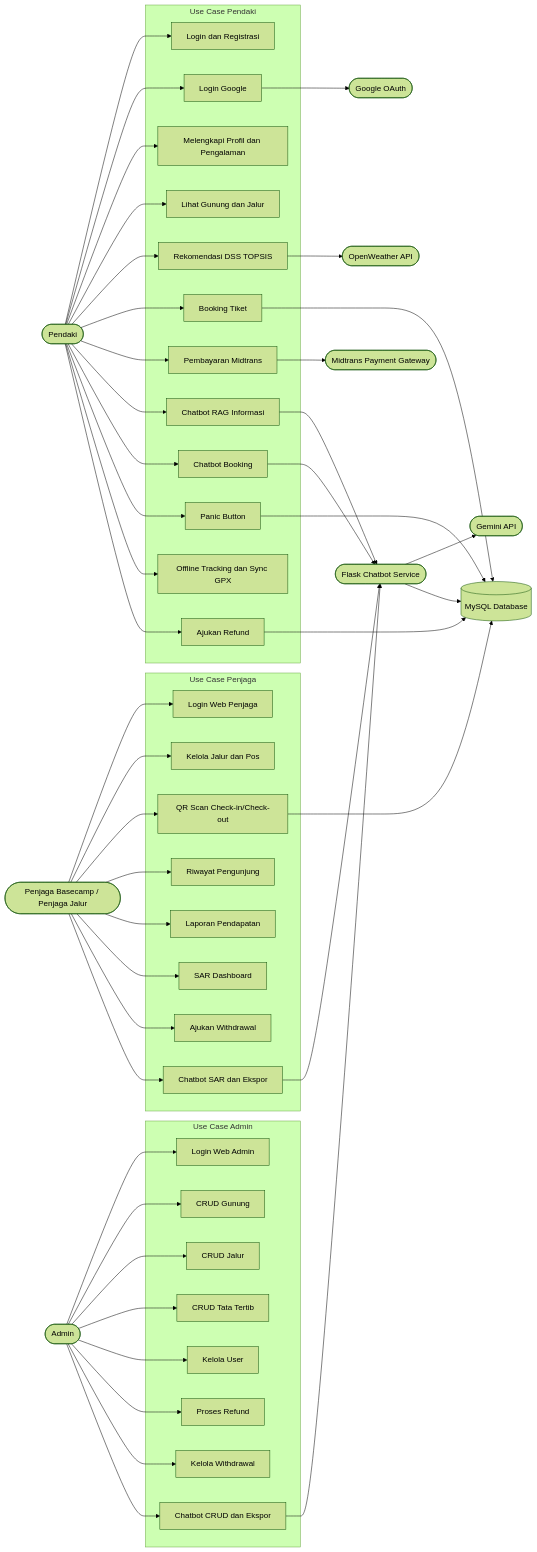
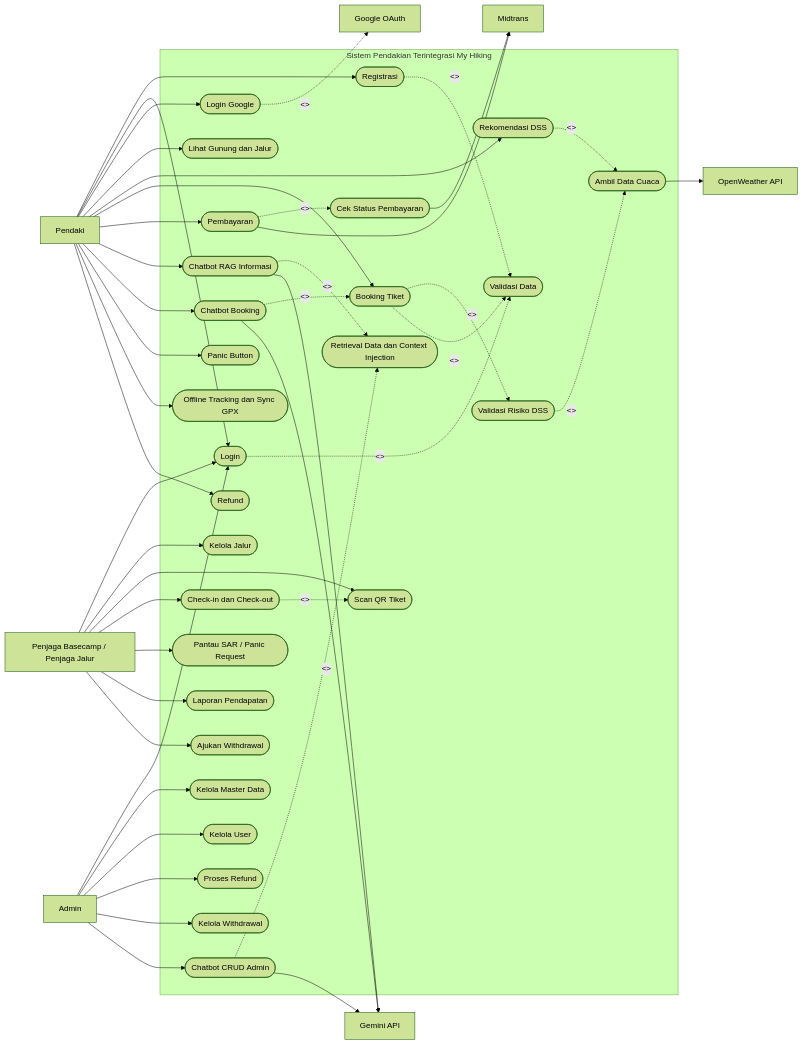
One commit to faizismail06/My_Hiking_Backend changed the diagram in docs/uml/01_USE_CASE_DIAGRAM.md. Above: the diagram before and after it, drawn with Mermaid (forest theme). The commit also changed other lines of this file, not shown here.

Commit message:
refactor: update use case diagram and actor descriptions for clarity and completeness

````diff
--- a/docs/uml/01_USE_CASE_DIAGRAM.md
+++ b/docs/uml/01_USE_CASE_DIAGRAM.md
@@ -75,94 +21,92 @@
 ```mermaid
 flowchart LR
-    Pendaki([Pendaki])
-    Admin([Admin])
-    Penjaga([Penjaga Basecamp / Penjaga Jalur])
-    Chatbot([Flask Chatbot Service])
-    Midtrans([Midtrans Payment Gateway])
-    Gemini([Gemini API])
-    Google([Google OAuth])
-    Weather([OpenWeather API])
-    DB[(MySQL Database)]
+    Pendaki[Pendaki]
+    Penjaga[Penjaga Basecamp / Penjaga Jalur]
+    Admin[Admin]
+    Midtrans[Midtrans]
+    Gemini[Gemini API]
+    Google[Google OAuth]
+    Weather[OpenWeather API]
 
-    subgraph MobileUseCase["Use Case Pendaki"]
-        UCLogin[Login dan Registrasi]
-        UCGoogle[Login Google]
-        UCProfile[Melengkapi Profil dan Pengalaman]
-        UCBrowse[Lihat Gunung dan Jalur]
-        UCDss[Rekomendasi DSS TOPSIS]
-        UCBooking[Booking Tiket]
-        UCPayment[Pembayaran Midtrans]
-        UCChatInfo[Chatbot RAG Informasi]
-        UCChatBooking[Chatbot Booking]
-        UCPanic[Panic Button]
-        UCOffline[Offline Tracking dan Sync GPX]
-        UCRefund[Ajukan Refund]
+    subgraph Sistem["Sistem Pendakian Terintegrasi My Hiking"]
+        UCRegister([Registrasi])
+        UCLogin([Login])
+        UCGoogle([Login Google])
+        UCBrowse([Lihat Gunung dan Jalur])
+        UCDSS([Rekomendasi DSS])
+        UCBooking([Booking Tiket])
+        UCPayment([Pembayaran])
+        UCChatInfo([Chatbot RAG Informasi])
+        UCChatBooking([Chatbot Booking])
+        UCPanic([Panic Button])
+        UCTracking([Offline Tracking dan Sync GPX])
+        UCRefund([Refund])
+
+        UCKelolaMaster([Kelola Master Data])
+        UCKelolaUser([Kelola User])
+        UCProsesRefund([Proses Refund])
+        UCWithdrawalAdmin([Kelola Withdrawal])
+        UCChatAdmin([Chatbot CRUD Admin])
+
+        UCKelolaJalur([Kelola Jalur])
+        UCScanQR([Scan QR Tiket])
+        UCCheckInOut([Check-in dan Check-out])
+        UCSAR([Pantau SAR / Panic Request])
+        UCLaporan([Laporan Pendapatan])
+        UCWithdrawalGuard([Ajukan Withdrawal])
+
+        UCValidasiData([Validasi Data])
+        UCDSSRisk([Validasi Risiko DSS])
+        UCMidtransStatus([Cek Status Pembayaran])
+        UCGeminiContext([Retrieval Data dan Context Injection])
+        UCCuaca([Ambil Data Cuaca])
     end
 
-    subgraph AdminUseCase["Use Case Admin"]
-        UCAdminLogin[Login Web Admin]
-        UCMountain[CRUD Gunung]
-        UCTrail[CRUD Jalur]
-        UCRule[CRUD Tata Tertib]
-        UCUser[Kelola User]
-        UCRefundAdmin[Proses Refund]
-        UCWithdrawal[Kelola Withdrawal]
-        UCChatAdmin[Chatbot CRUD dan Ekspor]
-    end
-
-    subgraph GuardUseCase["Use Case Penjaga"]
-        UCGuardLogin[Login Web Penjaga]
-        UCGuardTrail[Kelola Jalur dan Pos]
-        UCQR[QR Scan Check-in/Check-out]
-        UCHistory[Riwayat Pengunjung]
-        UCRevenue[Laporan Pendapatan]
-        UCSar[SAR Dashboard]
-        UCWithdraw[Ajukan Withdrawal]
-        UCChatGuard[Chatbot SAR dan Ekspor]
-    end
-
+    Pendaki --> UCRegister
     Pendaki --> UCLogin
     Pendaki --> UCGoogle
-    Pendaki --> UCProfile
     Pendaki --> UCBrowse
-    Pendaki --> UCDss
+    Pendaki --> UCDSS
     Pendaki --> UCBooking
     Pendaki --> UCPayment
     Pendaki --> UCChatInfo
     Pendaki --> UCChatBooking
     Pendaki --> UCPanic
-    Pendaki --> UCOffline
+    Pendaki --> UCTracking
     Pendaki --> UCRefund
 
-    Admin --> UCAdminLogin
-    Admin --> UCMountain
-    Admin --> UCTrail
-    Admin --> UCRule
-    Admin --> UCUser
-    Admin --> UCRefundAdmin
-    Admin --> UCWithdrawal
+    Admin --> UCLogin
+    Admin --> UCKelolaMaster
+    Admin --> UCKelolaUser
+    Admin --> UCProsesRefund
+    Admin --> UCWithdrawalAdmin
     Admin --> UCChatAdmin
 
-    Penjaga --> UCGuardLogin
-    Penjaga --> UCGuardTrail
-    Penjaga --> UCQR
-    Penjaga --> UCHistory
-    Penjaga --> UCRevenue
-    Penjaga --> UCSar
-    Penjaga --> UCWithdraw
-    Penjaga --> UCChatGuard
+    Penjaga --> UCLogin
+    Penjaga --> UCKelolaJalur
+    Penjaga --> UCScanQR
+    Penjaga --> UCCheckInOut
+    Penjaga --> UCSAR
+    Penjaga --> UCLaporan
+    Penjaga --> UCWithdrawalGuard
 
-    UCGoogle --> Google
+    UCRegister -. "<<include>>" .-> UCValidasiData
+    UCLogin -. "<<include>>" .-> UCValidasiData
+    UCGoogle -. "<<include>>" .-> Google
+    UCBooking -. "<<include>>" .-> UCDSSRisk
+    UCBooking -. "<<include>>" .-> UCValidasiData
+    UCDSS -. "<<include>>" .-> UCCuaca
+    UCDSSRisk -. "<<include>>" .-> UCCuaca
+    UCPayment -. "<<include>>" .-> UCMidtransStatus
+    UCCheckInOut -. "<<extend>>" .-> UCScanQR
+    UCChatBooking -. "<<include>>" .-> UCBooking
+    UCChatInfo -. "<<include>>" .-> UCGeminiContext
+    UCChatAdmin -. "<<include>>" .-> UCGeminiContext
+
     UCPayment --> Midtrans
-    UCDss --> Weather
-    UCChatInfo --> Chatbot
-    UCChatBooking --> Chatbot
-    UCChatAdmin --> Chatbot
-    UCChatGuard --> Chatbot
-    Chatbot --> Gemini
-    Chatbot --> DB
-    UCBooking --> DB
-    UCQR --> DB
-    UCPanic --> DB
-    UCRefund --> DB
+    UCMidtransStatus --> Midtrans
+    UCChatInfo --> Gemini
+    UCChatBooking --> Gemini
+    UCChatAdmin --> Gemini
+    UCCuaca --> Weather
 ```
````
